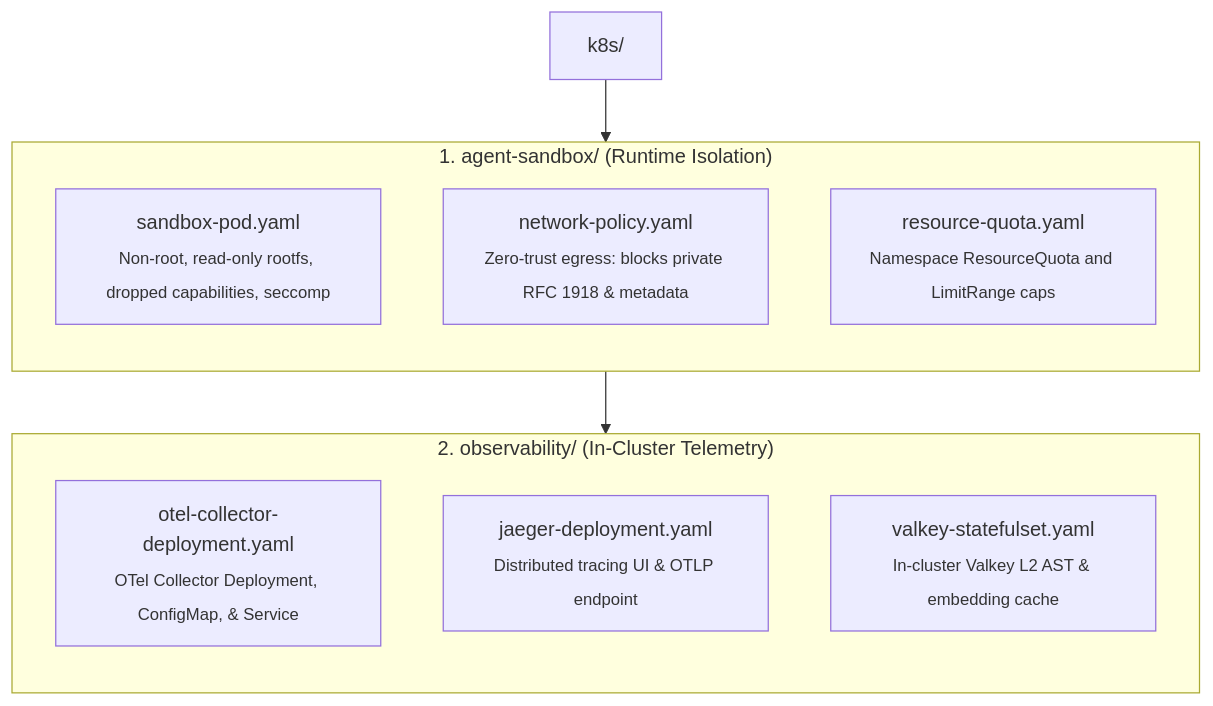
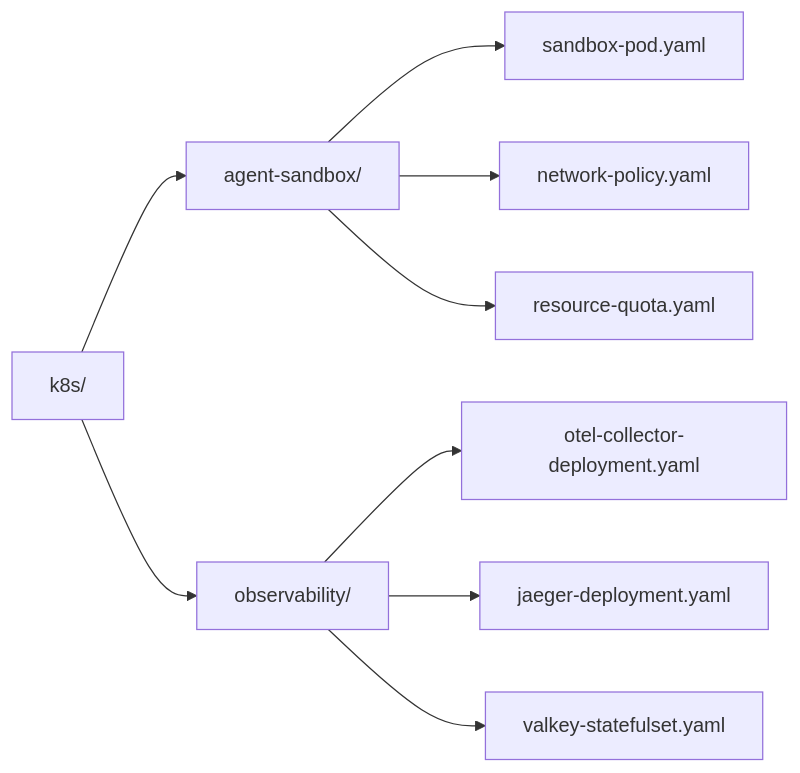
The diagram in resources/k8s/README.md (dan-petty/vibes), drawn with Mermaid before and after one commit. The commit also changed 6 other files, not shown here.

````diff
--- a/resources/k8s/README.md
+++ b/resources/k8s/README.md
@@ -9,21 +9,14 @@
 ```mermaid
-flowchart TD
+flowchart LR
     K8s["k8s/"]
 
-    subgraph Sandbox["1. agent-sandbox/ (Runtime Isolation)"]
-        direction TB
-        P_Pod["sandbox-pod.yaml<br><sub>Non-root, read-only rootfs, dropped capabilities, seccomp</sub>"]
-        P_Net["network-policy.yaml<br><sub>Zero-trust egress: blocks private RFC 1918 & metadata</sub>"]
-        P_Quota["resource-quota.yaml<br><sub>Namespace ResourceQuota and LimitRange caps</sub>"]
-    end
+    K8s --> Sandbox["agent-sandbox/"]
+    Sandbox --> P1["sandbox-pod.yaml"]
+    Sandbox --> P2["network-policy.yaml"]
+    Sandbox --> P3["resource-quota.yaml"]
 
-    subgraph Obs["2. observability/ (In-Cluster Telemetry)"]
-        direction TB
-        O_OTel["otel-collector-deployment.yaml<br><sub>OTel Collector Deployment, ConfigMap, & Service</sub>"]
-        O_Jaeger["jaeger-deployment.yaml<br><sub>Distributed tracing UI & OTLP endpoint</sub>"]
-        O_Valkey["valkey-statefulset.yaml<br><sub>In-cluster Valkey L2 AST & embedding cache</sub>"]
-    end
-
-    K8s --> Sandbox
-    Sandbox --> Obs
+    K8s --> Obs["observability/"]
+    Obs --> O1["otel-collector-deployment.yaml"]
+    Obs --> O2["jaeger-deployment.yaml"]
+    Obs --> O3["valkey-statefulset.yaml"]
 ```
````
